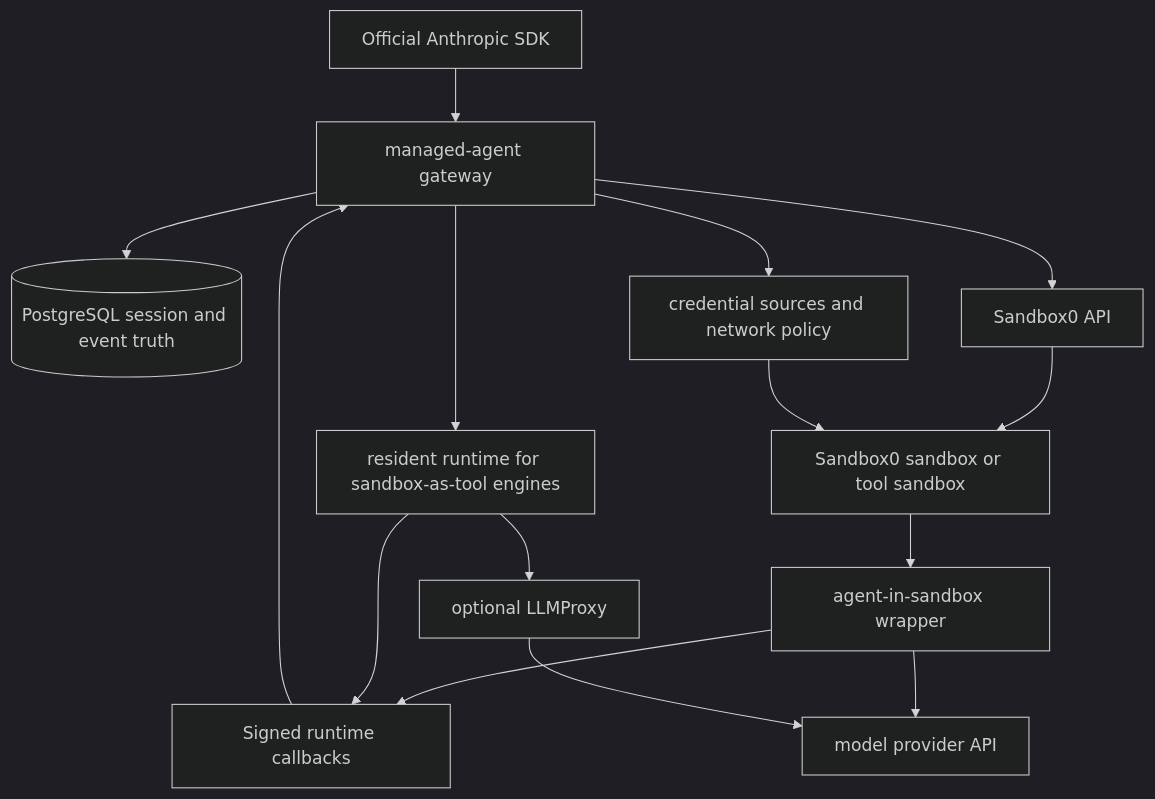
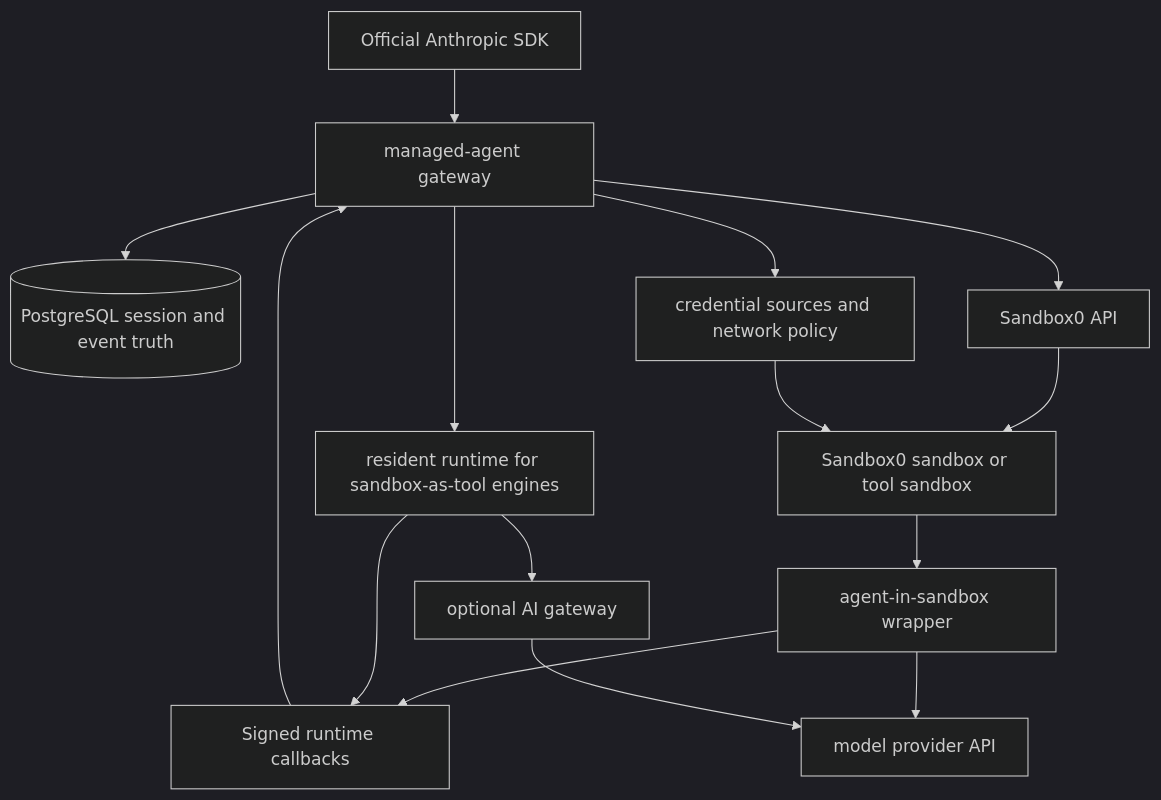
One commit to sandbox0-ai/sandbox0 changed the diagram in docs/managed-agents/page.mdx. Above: the diagram before and after it, drawn with Mermaid (dark theme). The commit also changed other lines of this file and 5 other files, not shown here.

````diff
--- a/docs/managed-agents/page.mdx
+++ b/docs/managed-agents/page.mdx
@@ -39,17 +39,17 @@
 ```mermaid
 flowchart TD
     sdk[Official Anthropic SDK] --> gateway[managed-agent gateway]
     gateway --> pg[(PostgreSQL session and event truth)]
     gateway --> sandbox0[Sandbox0 API]
     sandbox0 --> runtime[Sandbox0 sandbox or tool sandbox]
     gateway --> resident[resident runtime for sandbox-as-tool engines]
     runtime --> wrapper[agent-in-sandbox wrapper]
     wrapper --> callbacks[Signed runtime callbacks]
     resident --> callbacks
     callbacks --> gateway
     wrapper --> llm[model provider API]
-    resident --> llmproxy[optional LLMProxy]
-    llmproxy --> llm
+    resident --> aigateway[optional AI gateway]
+    aigateway --> llm
     gateway --> credentials[credential sources and network policy]
     credentials --> runtime
 ```
````
